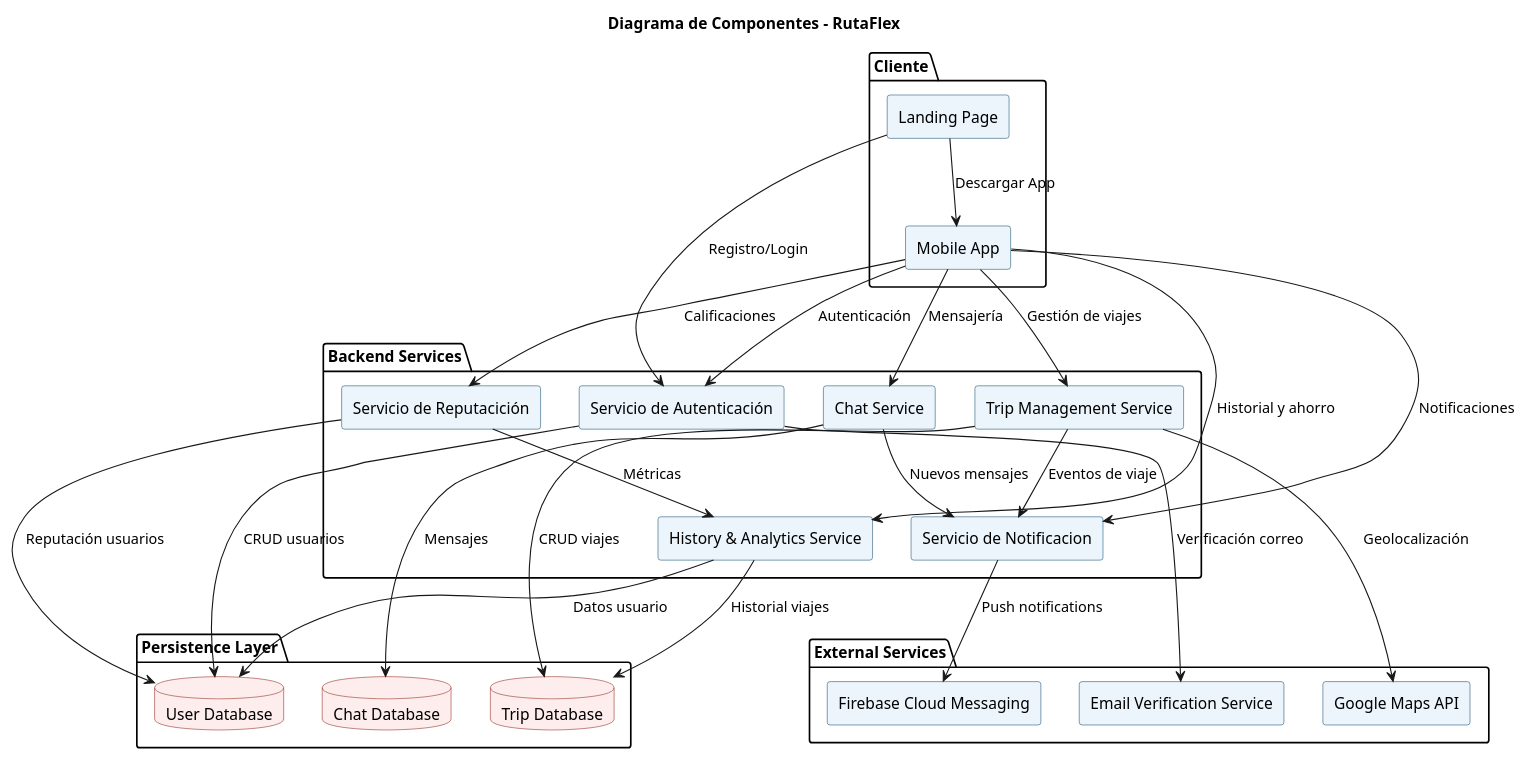
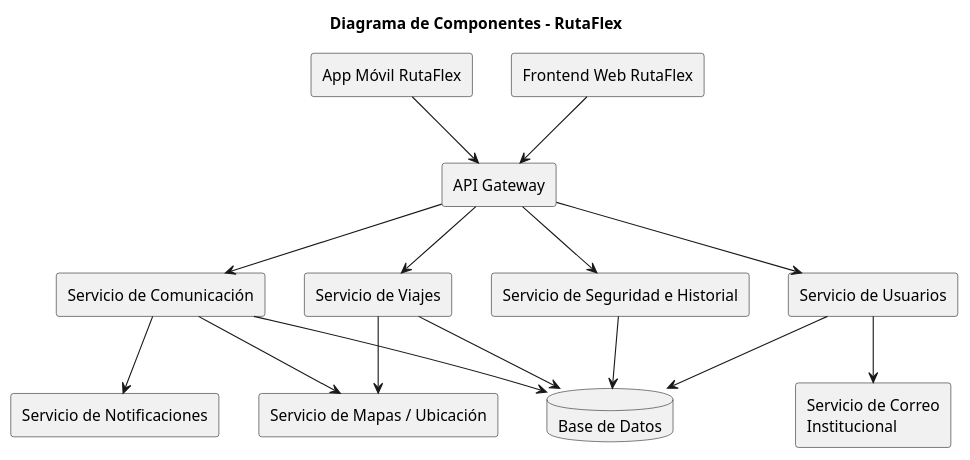
One commit to Richard-suv/UML-PROYECTO changed the diagram in Diagrma12.puml. Above: the diagram before and after it, drawn with PlantUML. The commit also changed 11 other files, not shown here.

```diff
--- a/Diagrma12.puml
+++ b/Diagrma12.puml
@@ -1,99 +1,32 @@
 @startuml
-
 skinparam componentStyle rectangle
-skinparam backgroundColor white
-
-skinparam component {
-BackgroundColor #EBF5FB
-BorderColor #1B4F72
-FontColor black
-}
-
-skinparam database {
-BackgroundColor #FDEDEC
-BorderColor #922B21
-}
-
-skinparam node {
-BackgroundColor #E8F8F5
-BorderColor #117864
-}
 
 title Diagrama de Componentes - RutaFlex
 
-package "Cliente" {
+component "App Móvil RutaFlex" as Mobile
+component "Frontend Web RutaFlex" as Web
+component "API Gateway" as API
+component "Servicio de Usuarios" as Users
+component "Servicio de Viajes" as Trips
+component "Servicio de Comunicación" as Comm
+component "Servicio de Seguridad e Historial" as SecHist
+database "Base de Datos" as DB
+component "Servicio de Correo\nInstitucional" as Mail
+component "Servicio de Notificaciones" as Push
+component "Servicio de Mapas / Ubicación" as Maps
 
-[Landing Page] as Landing
-[Mobile App] as Mobile
-
-}
-
-package "Backend Services" {
-
-component "Servicio de Autenticación" as Auth
-component "Trip Management Service" as Trip
-component "Chat Service" as Chat
-component "Servicio de Notificacion" as Notify
-component "Servicio de Reputacición" as Reputation
-component "History & Analytics Service" as Analytics
-
-}
-
-package "Persistence Layer" {
-
-database "User Database" as UserDB
-database "Trip Database" as TripDB
-database "Chat Database" as ChatDB
-
-}
-
-package "External Services" {
-
-component "Firebase Cloud Messaging" as Firebase
-component "Google Maps API" as Maps
-component "Email Verification Service" as EmailService
-
-}
-
-' =========================
-' CLIENT CONNECTIONS
-' =========================
-
-Landing --> Auth : Registro/Login
-Landing --> Mobile : Descargar App
-
-Mobile --> Auth : Autenticación
-Mobile --> Trip : Gestión de viajes
-Mobile --> Chat : Mensajería
-Mobile --> Notify : Notificaciones
-Mobile --> Reputation : Calificaciones
-Mobile --> Analytics : Historial y ahorro
-
-' =========================
-' BACKEND CONNECTIONS
-' =========================
-
-Auth --> UserDB : CRUD usuarios
-Auth --> EmailService : Verificación correo
-
-Trip --> TripDB : CRUD viajes
-Trip --> Maps : Geolocalización
-
-Chat --> ChatDB : Mensajes
-
-Notify --> Firebase : Push notifications
-
-Reputation --> UserDB : Reputación usuarios
-
-Analytics --> TripDB : Historial viajes
-Analytics --> UserDB : Datos usuario
-
-' =========================
-' INTERNAL COMMUNICATION
-' =========================
-
-Trip --> Notify : Eventos de viaje
-Chat --> Notify : Nuevos mensajes
-Reputation --> Analytics : Métricas
-
+Mobile --> API
+Web --> API
+API --> Users
+API --> Trips
+API --> Comm
+API --> SecHist
+Users --> DB
+Trips --> DB
+Comm --> DB
+SecHist --> DB
+Users --> Mail
+Comm --> Push
+Trips --> Maps
+Comm --> Maps
 @enduml
```
